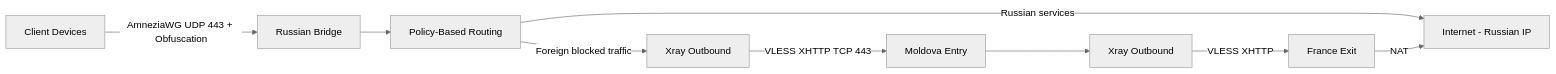
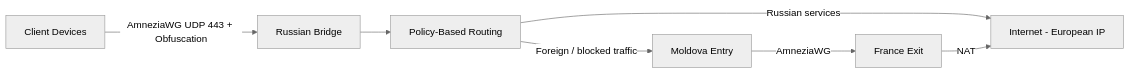
Before and after one commit to alexanderkozariychuk-pixel/vpn-infrastructure-showcase: the second of 2 diagrams in docs/architecture.md, drawn with Mermaid (neutral theme). The commit also changed other lines of this file and 14 other files, not shown here.

First line of the commit message:
refactor: simplify architecture to AmneziaWG-only chain, enhance Ansible automation

````diff
--- a/docs/architecture.md
+++ b/docs/architecture.md
@@ -103,11 +109,9 @@
 ```mermaid
 graph LR
     Client[Client Devices] -->|AmneziaWG UDP 443 + Obfuscation| Bridge[Russian Bridge]
     Bridge --> PBR[Policy-Based Routing]
     PBR -->|Russian services| Internet[Internet - Russian IP]
-    PBR -->|Foreign blocked traffic| XrayRU[Xray Outbound]
-    XrayRU -->|VLESS XHTTP TCP 443| Entry[Moldova Entry]
-    Entry --> XrayMD[Xray Outbound]
-    XrayMD -->|VLESS XHTTP| Exit[France Exit]
-    Exit -->|NAT| Internet
+    PBR -->|Foreign / blocked traffic| Entry[Moldova Entry]
+    Entry -->|AmneziaWG| Exit[France Exit]
+    Exit -->|NAT| Internet[Internet - European IP]
 ```
````
